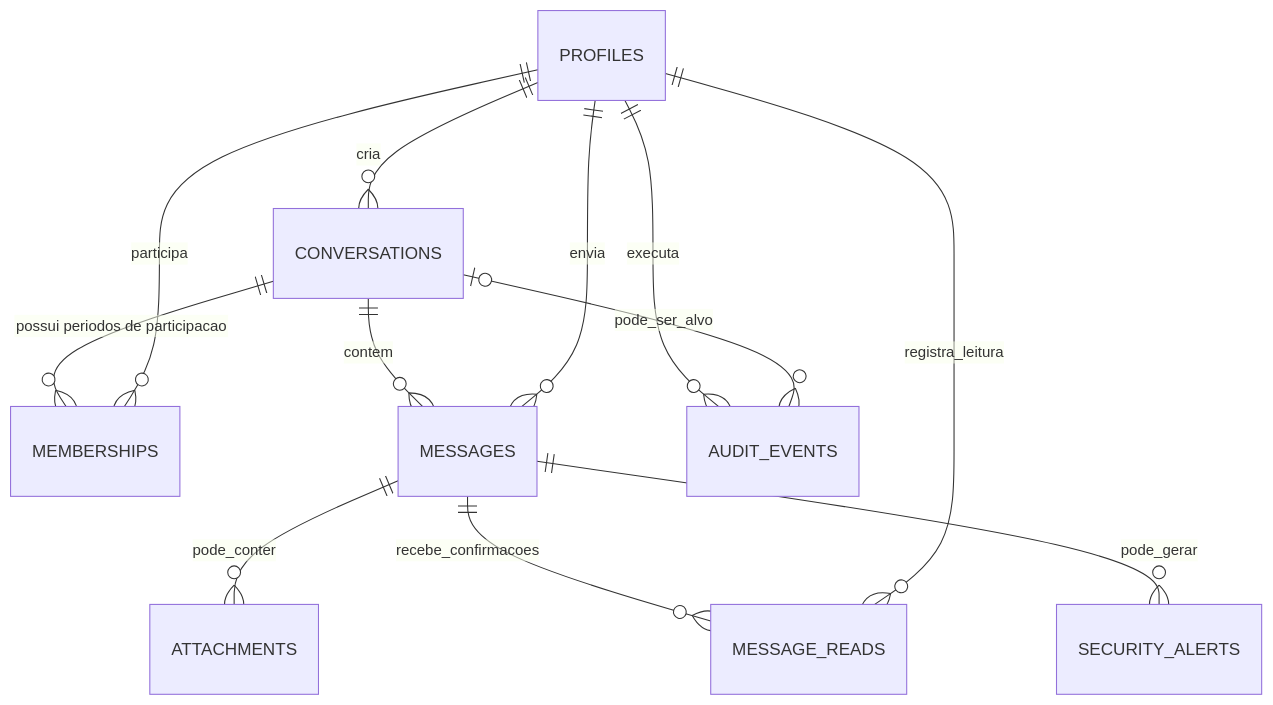
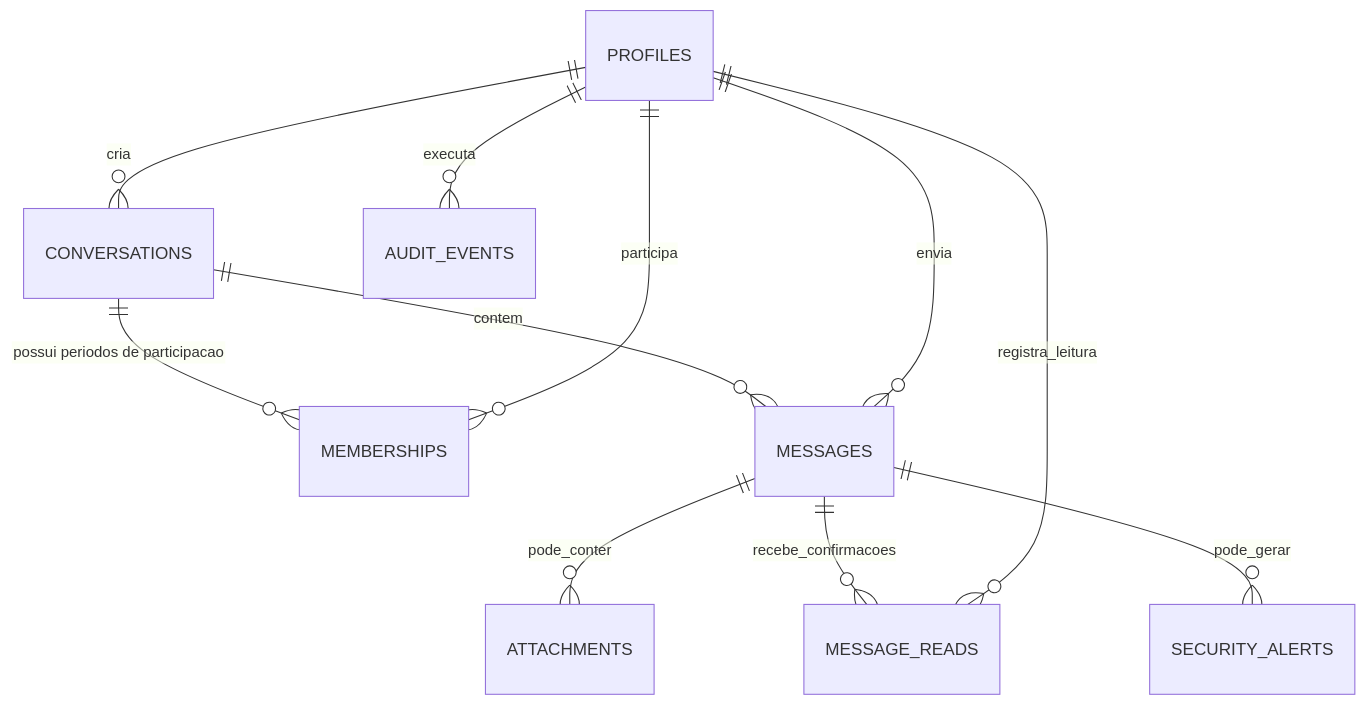
The diagram in docs/database/modelo-de-dados.md (Aluvioz/Polychat), drawn with Mermaid before and after one commit. The commit also changed other lines of this file, not shown here.

Commit message:
docs(database): harmoniza modelo conceitual de audit_events

```diff
--- a/docs/database/modelo-de-dados.md
+++ b/docs/database/modelo-de-dados.md
@@ -77,14 +77,13 @@
 ~~~mermaid
 erDiagram
     PROFILES ||--o{ CONVERSATIONS : "cria"
     CONVERSATIONS ||--o{ MEMBERSHIPS : "possui periodos de participacao"
     PROFILES ||--o{ MEMBERSHIPS : "participa"
     CONVERSATIONS ||--o{ MESSAGES : "contem"
     PROFILES ||--o{ MESSAGES : "envia"
     MESSAGES ||--o{ ATTACHMENTS : "pode_conter"
     MESSAGES ||--o{ MESSAGE_READS : "recebe_confirmacoes"
     PROFILES ||--o{ MESSAGE_READS : "registra_leitura"
     PROFILES ||--o{ AUDIT_EVENTS : "executa"
-    CONVERSATIONS o|--o{ AUDIT_EVENTS : "pode_ser_alvo"
     MESSAGES ||--o{ SECURITY_ALERTS : "pode_gerar"
 ~~~
```
